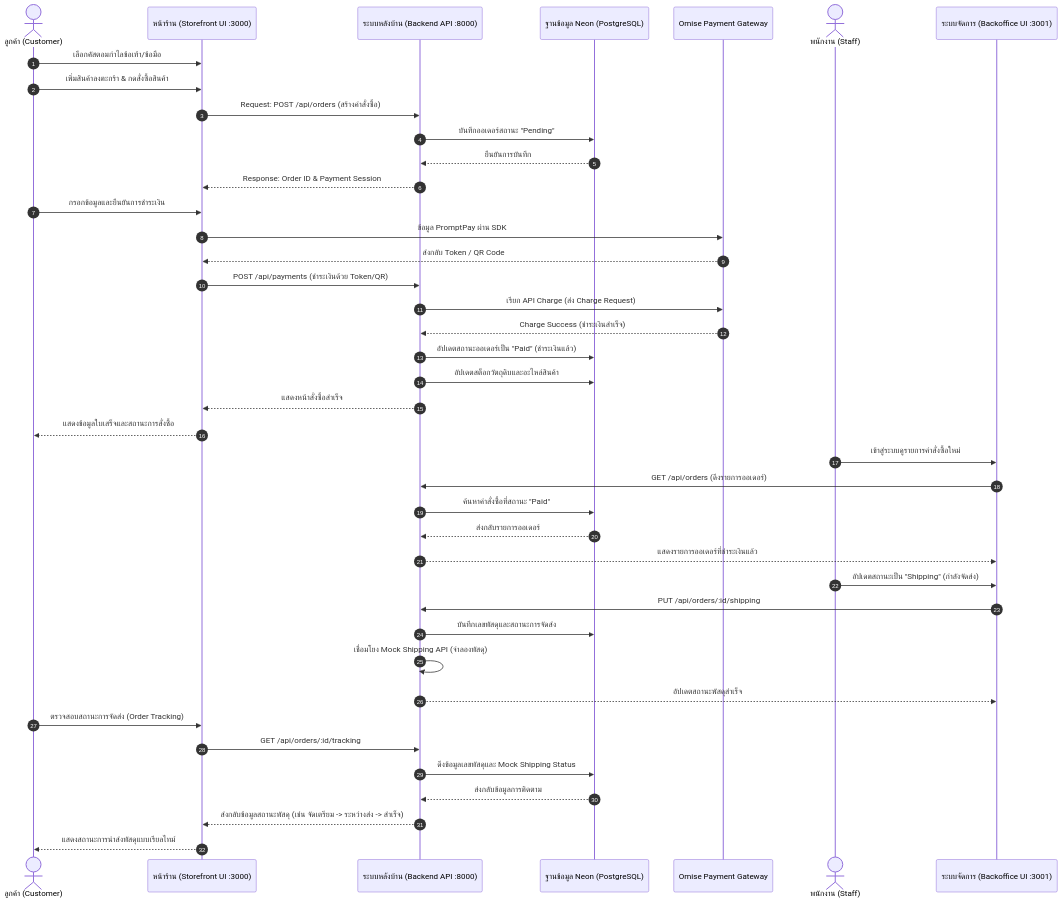
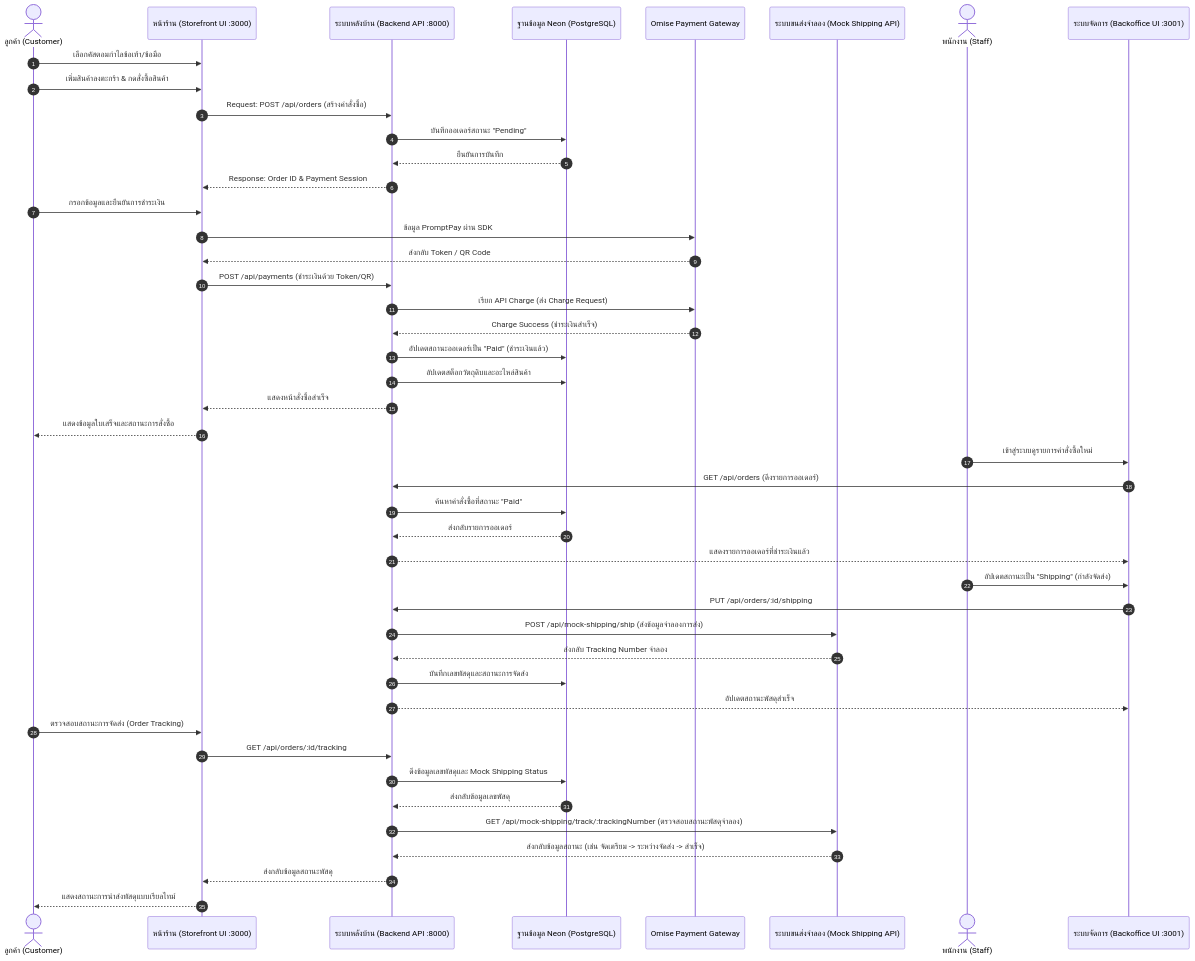
The diagram in sequence_diagram.mmd (Hoyama1122/bareandbold_front), drawn with Mermaid before and after one commit. The commit also changed 1 other file, not shown here.

```diff
--- a/sequence_diagram.mmd
+++ b/sequence_diagram.mmd
@@ -1,49 +1,53 @@
 sequenceDiagram
     autonumber
     actor Customer as ลูกค้า (Customer)
     participant Storefront as หน้าร้าน (Storefront UI :3000)
     participant Backend as ระบบหลังบ้าน (Backend API :8000)
     participant DB as ฐานข้อมูล Neon (PostgreSQL)
     participant Omise as Omise Payment Gateway
+    participant ShippingAPI as ระบบขนส่งจำลอง (Mock Shipping API)
     actor Staff as พนักงาน (Staff)
     participant Backoffice as ระบบจัดการ (Backoffice UI :3001)
 
     %% 1. Customization and Ordering
     Customer->>Storefront: เลือกคัสตอมกำไลข้อเท้า/ข้อมือ
     Customer->>Storefront: เพิ่มสินค้าลงตะกร้า & กดสั่งซื้อสินค้า
     Storefront->>Backend: Request: POST /api/orders (สร้างคำสั่งซื้อ)
     Backend->>DB: บันทึกออเดอร์สถานะ "Pending"
     DB-->>Backend: ยืนยันการบันทึก
     Backend-->>Storefront: Response: Order ID & Payment Session
 
     %% 2. Payment Flow (Omise Gateway)
     Customer->>Storefront: กรอกข้อมูลและยืนยันการชำระเงิน
     Storefront->>Omise: ข้อมูล PromptPay ผ่าน SDK
     Omise-->>Storefront: ส่งกลับ Token / QR Code
     Storefront->>Backend: POST /api/payments (ชำระเงินด้วย Token/QR)
     Backend->>Omise: เรียก API Charge (ส่ง Charge Request)
     Omise-->>Backend: Charge Success (ชำระเงินสำเร็จ)
     Backend->>DB: อัปเดตสถานะออเดอร์เป็น "Paid" (ชำระเงินแล้ว)
     Backend->>DB: อัปเดตสต็อกวัตถุดิบและอะไหล่สินค้า
     Backend-->>Storefront: แสดงหน้าสั่งซื้อสำเร็จ
     Storefront-->>Customer: แสดงข้อมูลใบเสร็จและสถานะการสั่งซื้อ
 
     %% 3. Fulfillment Flow
     Staff->>Backoffice: เข้าสู่ระบบดูรายการคำสั่งซื้อใหม่
     Backoffice->>Backend: GET /api/orders (ดึงรายการออเดอร์)
     Backend->>DB: ค้นหาคำสั่งซื้อที่สถานะ "Paid"
     DB-->>Backend: ส่งกลับรายการออเดอร์
     Backend-->>Backoffice: แสดงรายการออเดอร์ที่ชำระเงินแล้ว
     Staff->>Backoffice: อัปเดตสถานะเป็น "Shipping" (กำลังจัดส่ง)
     Backoffice->>Backend: PUT /api/orders/:id/shipping
+    Backend->>ShippingAPI: POST /api/mock-shipping/ship (ส่งข้อมูลจำลองการส่ง)
+    ShippingAPI-->>Backend: ส่งกลับ Tracking Number จำลอง
     Backend->>DB: บันทึกเลขพัสดุและสถานะการจัดส่ง
-    Backend->>Backend: เชื่อมโยง Mock Shipping API (จำลองพัสดุ)
     Backend-->>Backoffice: อัปเดตสถานะพัสดุสำเร็จ
     
     %% 4. Order Tracking Flow
     Customer->>Storefront: ตรวจสอบสถานะการจัดส่ง (Order Tracking)
     Storefront->>Backend: GET /api/orders/:id/tracking
     Backend->>DB: ดึงข้อมูลเลขพัสดุและ Mock Shipping Status
-    DB-->>Backend: ส่งกลับข้อมูลการติดตาม
-    Backend-->>Storefront: ส่งกลับข้อมูลสถานะพัสดุ (เช่น จัดเตรียม -> ระหว่างส่ง -> สำเร็จ)
+    DB-->>Backend: ส่งกลับข้อมูลเลขพัสดุ
+    Backend->>ShippingAPI: GET /api/mock-shipping/track/:trackingNumber (ตรวจสอบสถานะพัสดุจำลอง)
+    ShippingAPI-->>Backend: ส่งกลับข้อมูลสถานะ (เช่น จัดเตรียม -> ระหว่างจัดส่ง -> สำเร็จ)
+    Backend-->>Storefront: ส่งกลับข้อมูลสถานะพัสดุ
     Storefront-->>Customer: แสดงสถานะการนำส่งพัสดุแบบเรียลไทม์
```
